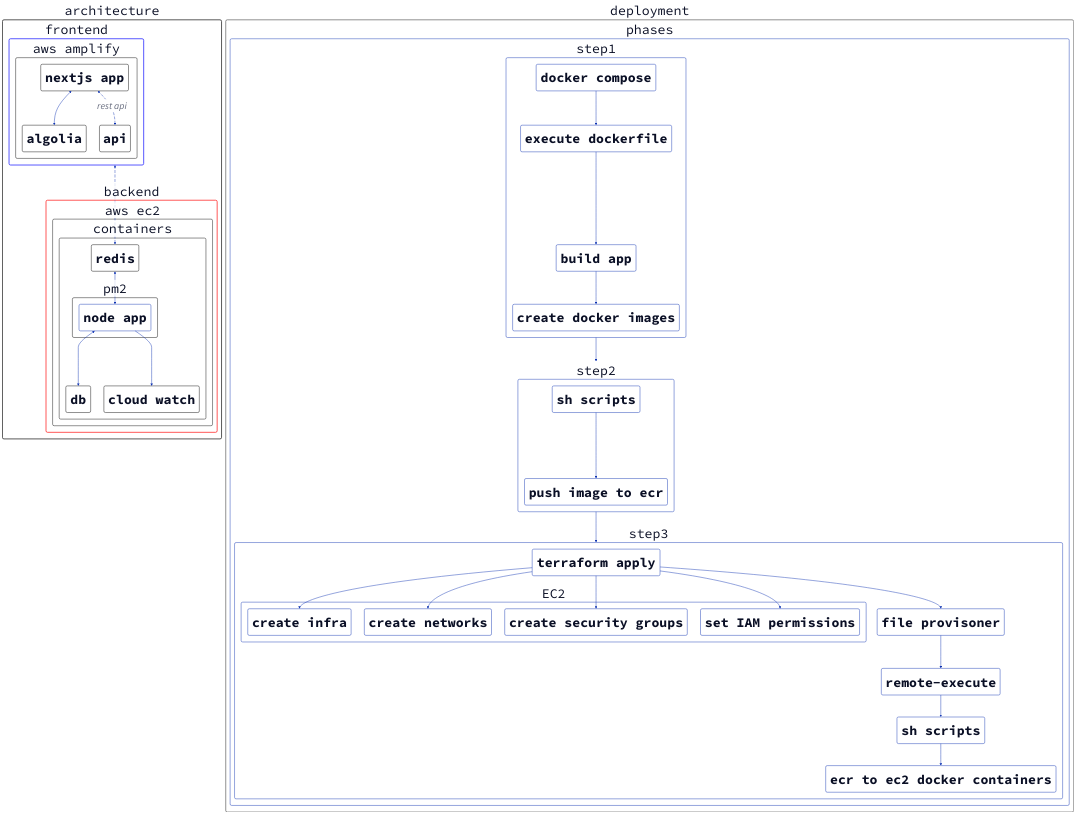
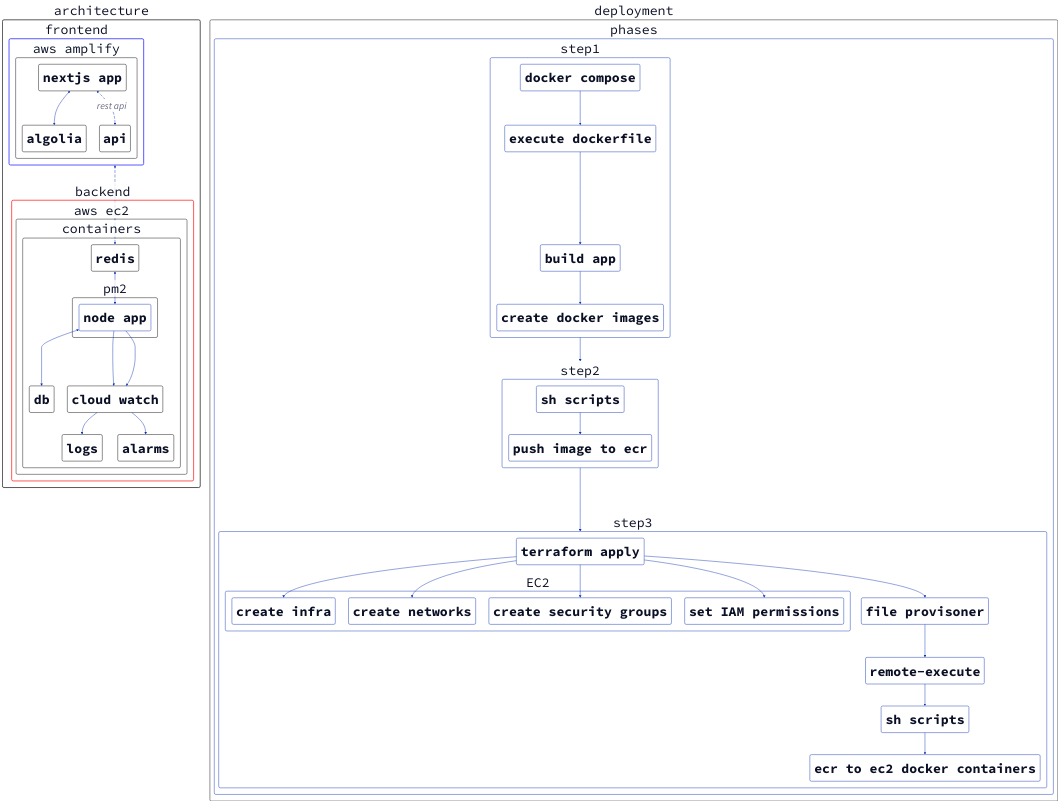
The diagram in architecture.d2 (whatsnxt-org/whatsnxt-app-architecture), drawn with D2 before and after one commit. The commit also changed 1 other file, not shown here.

Commit message:
update architecture

```diff
--- a/architecture.d2
+++ b/architecture.d2
@@ -1,61 +1,63 @@
+
 architecture: {
   frontend: {
     aws amplify: {
       nextjs app <-> algolia
       nextjs app <-> api: rest api {
         style.animated: true
         style: {
           font-size: 44
         }
       }
       *.style.stroke: "black"
     }
     *.style.stroke: "black"
   }
   frontend.style.stroke: "blue"
   frontend.style.stroke-width: "3"
 
   backend: {
     aws ec2: {
       containers: {
         redis <-> pm2.node app <-> db: {shape: cylinder}
-        pm2.node app -> cloud watch
+        pm2.node app -> cloud watch -> logs
+        pm2.node app -> cloud watch -> alarms
         *.style.stroke: "black"
       }
       *.style.stroke: "black"
     }
     *.style.stroke: "black"
   }
   frontend <-> backend.aws ec2.containers.redis: {style.animated: true}
   backend.style.stroke: "red"
   backend.style.stroke-width: "3"
 }
 architecture.style.stroke-width: "3"
 
 deployment: {
   phases: {
     step1: {
       docker compose -> execute dockerfile -> build app -> create docker images
     }
     step2: {
       sh scripts -> push image to ecr
     }
     step3: {
       terraform apply -> EC2.create infra
       terraform apply -> EC2.create networks
       terraform apply -> EC2.create security groups
       terraform apply -> EC2.set IAM permissions
       terraform apply -> file provisoner -> remote-execute -> sh scripts
       sh scripts -> ecr to ec2 docker containers
     }
     step1 -> step2 -> step3
   }
 }
 *.style.stroke: "black"
 
 **: {
   style.fill: white
   style.font: mono
   style.font-size: 60
   style.border-radius: 7
 }
```
